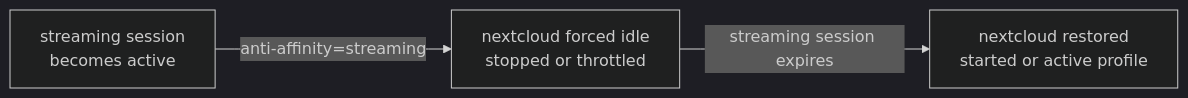
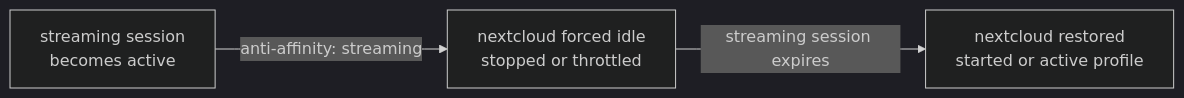
Before and after one commit to sablierapp/sablier: the diagram in docs/content/how-to-guides/anti-affinity.md, drawn with Mermaid (dark theme). The commit also changed other lines of this file and 17 other files, not shown here.

````diff
--- a/docs/content/how-to-guides/anti-affinity.md
+++ b/docs/content/how-to-guides/anti-affinity.md
@@ -48,8 +25,8 @@
 ```mermaid
 flowchart LR
     stream["streaming session<br/>becomes active"]
     idle["nextcloud forced idle<br/>stopped or throttled"]
     restored["nextcloud restored<br/>started or active profile"]
-    stream -->|anti-affinity=streaming| idle
+    stream -->|anti-affinity: streaming| idle
     idle -->|streaming session expires| restored
 ```
````
